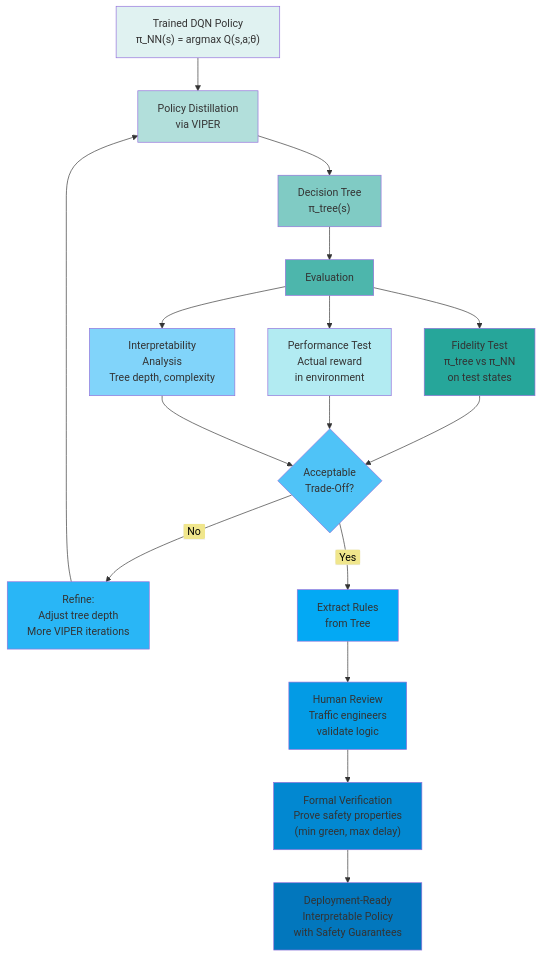
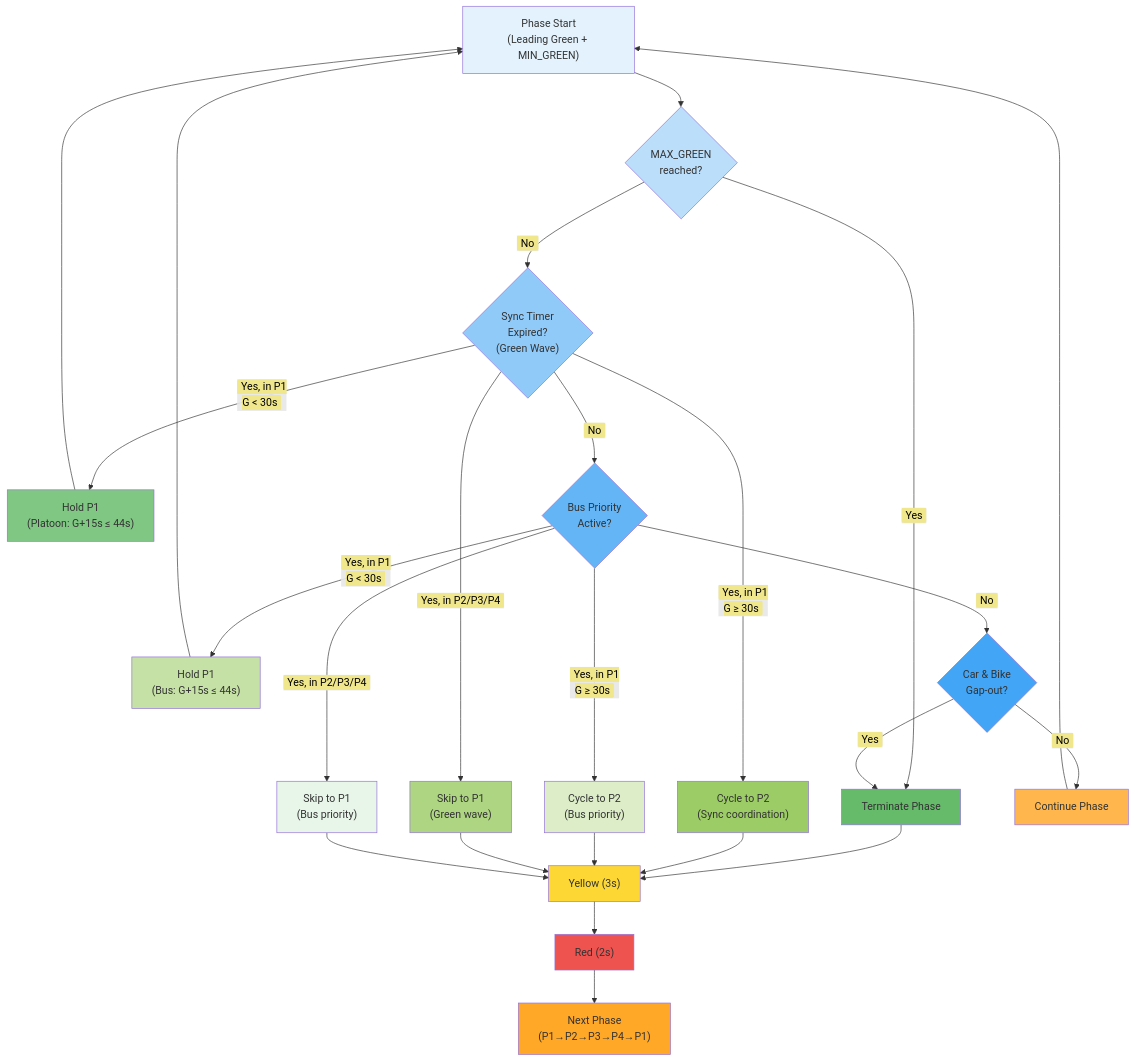
One commit to Chaklader/SignalSyncPro changed the seventh of 7 diagrams in papers/Theory_3.md. Above: the diagram before and after it, drawn with Mermaid. The commit also changed other lines of this file and 3 other files, not shown here.

````diff
--- a/papers/Theory_3.md
+++ b/papers/Theory_3.md
@@ -2313,41 +899,58 @@
 ```mermaid
 flowchart TD
-    A["Trained DQN Policy<br>π_NN(s) = argmax Q(s,a;θ)"] --> B["Policy Distillation<br>via VIPER"]
+    Start["Phase Start<br/>(Leading Green + MIN_GREEN)"] --> Check1{"MAX_GREEN<br/>reached?"}
 
-    B --> C["Decision Tree<br>π_tree(s)"]
+    Check1 -->|<span style='background-color:khaki; color:black; padding:2px 6px; border-radius:3px'>Yes</span>| Terminate["Terminate Phase"]
 
-    C --> D["Evaluation"]
+    Check1 -->|<span style='background-color:khaki; color:black; padding:2px 6px; border-radius:3px'>No</span>| Check2{"Sync Timer<br/>Expired?<br/>(Green Wave)"}
 
-    D --> D1["Fidelity Test<br>π_tree vs π_NN<br>on test states"]
-    D --> D2["Performance Test<br>Actual reward<br>in environment"]
-    D --> D3["Interpretability<br>Analysis<br>Tree depth, complexity"]
+    Check2 -->|<span style='background-color:khaki; color:black; padding:2px 6px; border-radius:3px'>Yes, in P1<br/>G < 30s</span>| HoldSync["Hold P1<br/>(Platoon: G+15s ≤ 44s)"]
 
-    D1 --> E{"Acceptable<br>Trade-Off?"}
-    D2 --> E
-    D3 --> E
+    Check2 -->|<span style='background-color:khaki; color:black; padding:2px 6px; border-radius:3px'>Yes, in P1<br/>G ≥ 30s</span>| CycleSync["Cycle to P2<br/>(Sync coordination)"]
 
-    E -->|<span style='background-color:khaki; color:black; padding:2px 6px; border-radius:3px'>No</span>| F["Refine:<br>Adjust tree depth<br>More VIPER iterations"]
-    F --> B
+    Check2 -->|<span style='background-color:khaki; color:black; padding:2px 6px; border-radius:3px'>Yes, in P2/P3/P4</span>| SkipSync["Skip to P1<br/>(Green wave)"]
 
-    E -->|<span style='background-color:khaki; color:black; padding:2px 6px; border-radius:3px'>Yes</span>| G["Extract Rules<br>from Tree"]
+    Check2 -->|<span style='background-color:khaki; color:black; padding:2px 6px; border-radius:3px'>No</span>| Check3{"Bus Priority<br/>Active?"}
 
-    G --> H["Human Review<br>Traffic engineers<br>validate logic"]
+    Check3 -->|<span style='background-color:khaki; color:black; padding:2px 6px; border-radius:3px'>Yes, in P1<br/>G < 30s</span>| HoldBus["Hold P1<br/>(Bus: G+15s ≤ 44s)"]
 
-    H --> I["Formal Verification<br>Prove safety properties<br>(min green, max delay)"]
+    Check3 -->|<span style='background-color:khaki; color:black; padding:2px 6px; border-radius:3px'>Yes, in P1<br/>G ≥ 30s</span>| CycleBus["Cycle to P2<br/>(Bus priority)"]
 
-    I --> J["Deployment-Ready<br>Interpretable Policy<br>with Safety Guarantees"]
+    Check3 -->|<span style='background-color:khaki; color:black; padding:2px 6px; border-radius:3px'>Yes, in P2/P3/P4</span>| SkipBus["Skip to P1<br/>(Bus priority)"]
 
-    style A fill:#E0F2F1
-    style B fill:#B2DFDB
-    style C fill:#80CBC4
-    style D fill:#4DB6AC
-    style D1 fill:#26A69A
-    style D2 fill:#B2EBF2
-    style D3 fill:#81D4FA
-    style E fill:#4FC3F7
-    style F fill:#29B6F6
-    style G fill:#03A9F4
-    style H fill:#039BE5
-    style I fill:#0288D1
-    style J fill:#0277BD
+    Check3 -->|<span style='background-color:khaki; color:black; padding:2px 6px; border-radius:3px'>No</span>| Check4{"Car & Bike<br/>Gap-out?"}
+
+    Check4 -->|<span style='background-color:khaki; color:black; padding:2px 6px; border-radius:3px'>Yes</span>| Terminate
+
+    Check4 -->|<span style='background-color:khaki; color:black; padding:2px 6px; border-radius:3px'>No</span>| Continue["Continue Phase"]
+
+    Continue --> Start
+    HoldSync --> Start
+    HoldBus --> Start
+
+    Terminate --> Change["Yellow (3s)"]
+    CycleSync --> Change
+    CycleBus --> Change
+    SkipSync --> Change
+    SkipBus --> Change
+
+    Change --> Red["Red (2s)"]
+    Red --> Next["Next Phase<br/>(P1→P2→P3→P4→P1)"]
+
+    style Start fill:#E3F2FD
+    style Check1 fill:#BBDEFB
+    style Check2 fill:#90CAF9
+    style Check3 fill:#64B5F6
+    style Check4 fill:#42A5F5
+    style Terminate fill:#66BB6A
+    style HoldSync fill:#81C784
+    style CycleSync fill:#9CCC65
+    style SkipSync fill:#AED581
+    style HoldBus fill:#C5E1A5
+    style CycleBus fill:#DCEDC8
+    style SkipBus fill:#E8F5E9
+    style Continue fill:#FFB74D
+    style Change fill:#FDD835
+    style Next fill:#FFA726
+    style Red fill:#EF5350
 ```
````
